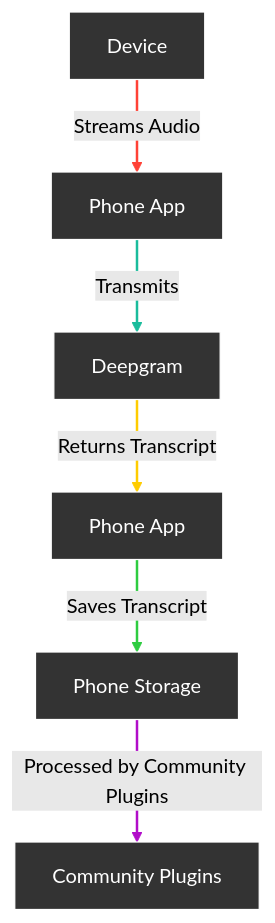
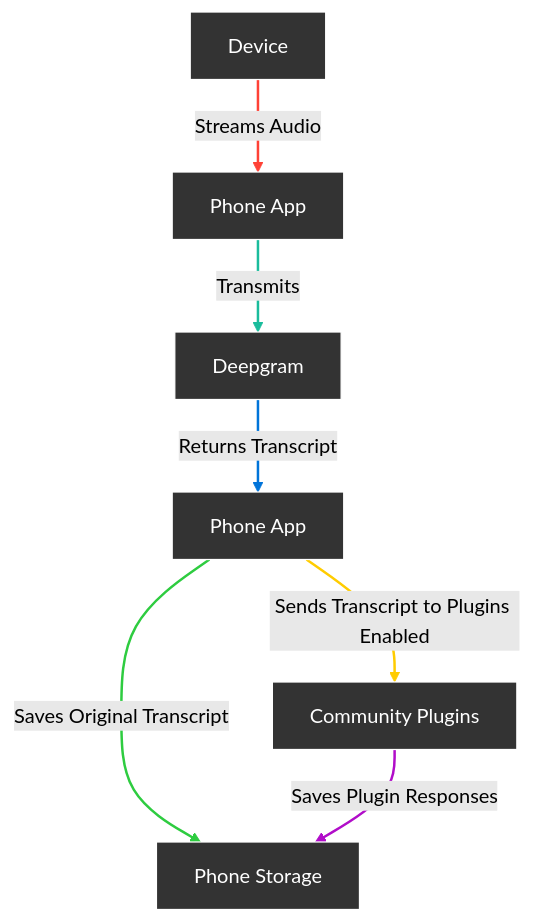
Before and after one commit to jagdish-15/omi-lfs-clean: the diagram in README.md, drawn with Mermaid (forest theme).

````diff
--- a/README.md
+++ b/README.md
@@ -45,24 +45,26 @@
 ```mermaid
 graph TD;
    A[Device] -- Streams Audio --> B[Phone App];
    B -- Transmits --> C[Deepgram];
    C -- Returns Transcript --> D[Phone App];
-   D -- Saves Transcript --> E[Phone Storage];
-   E -- Processed by Community Plugins --> G[Community Plugins];
+   D -- Sends Transcript to Plugins Enabled --> G[Community Plugins];
+   D -- Saves Original Transcript --> E[Phone Storage];
+   G -- Saves Plugin Responses --> E;
 
 classDef lightMode fill:#FFFFFF, stroke:#333333, color:#333333;
 classDef darkMode fill:#333333, stroke:#FFFFFF, color:#FFFFFF;
 
 classDef lightModeLinks stroke:#333333;
 classDef darkModeLinks stroke:#FFFFFF;
     
 class A,B,C,D,E,G lightMode;
 class A,B,C,D,E,G darkMode;
     
 linkStyle 0 stroke:#FF4136, stroke-width:2px;
 linkStyle 1 stroke:#1ABC9C, stroke-width:2px;
-linkStyle 2 stroke:#FFCC00, stroke-width:2px;
-linkStyle 3 stroke:#2ECC40, stroke-width:2px;
-linkStyle 4 stroke:#B10DC9, stroke-width:2px;
+linkStyle 2 stroke:#0074D9, stroke-width:2px;
+linkStyle 3 stroke:#FFCC00, stroke-width:2px;
+linkStyle 4 stroke:#2ECC40, stroke-width:2px;
+linkStyle 5 stroke:#B10DC9, stroke-width:2px;
 
 ``` 
````
